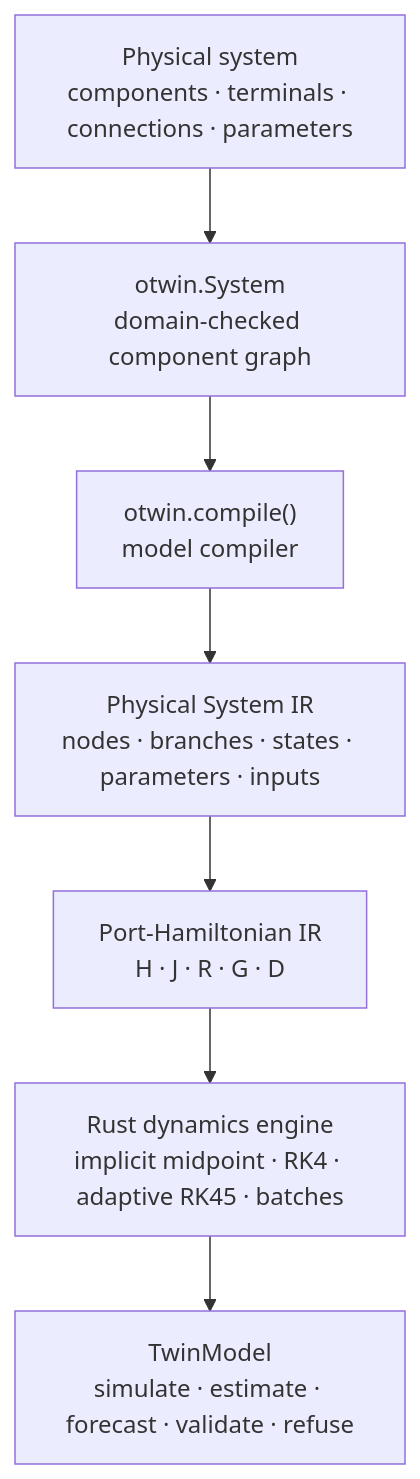
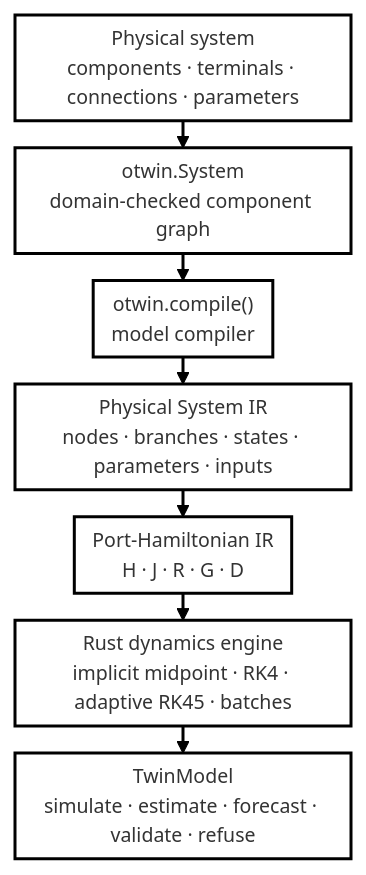
One commit to otwin-core/otwin changed the third of 10 diagrams in README.md. Above: the diagram before and after it, drawn with Mermaid. The commit also changed other lines of this file, not shown here.

First line of the commit message:
Refactor README with updated diagrams and content

````diff
--- a/README.md
+++ b/README.md
@@ -219,12 +230,22 @@
 ```mermaid
+---
+config:
+  layout: fixed
+  theme: neo
+  fontFamily: '''Open Sans Variable'', sans-serif'
+  themeVariables:
+    fontFamily: '''Open Sans Variable'', sans-serif'
+---
+%%{init: {"flowchart": {"nodeSpacing": 12, "rankSpacing": 18, "padding": 6, "curve": "linear"}, "themeVariables": {"fontSize": "13px"}}}%%
+
 flowchart TD
     A["Physical system<br/>components · terminals · connections · parameters"]
     B["otwin.System<br/>domain-checked component graph"]
     C["otwin.compile()<br/>model compiler"]
     D["Physical System IR<br/>nodes · branches · states · parameters · inputs"]
     E["Port-Hamiltonian IR<br/>H · J · R · G · D"]
     F["Rust dynamics engine<br/>implicit midpoint · RK4 · adaptive RK45 · batches"]
     G["TwinModel<br/>simulate · estimate · forecast · validate · refuse"]
 
     A --> B --> C --> D --> E --> F --> G
 ```
````
